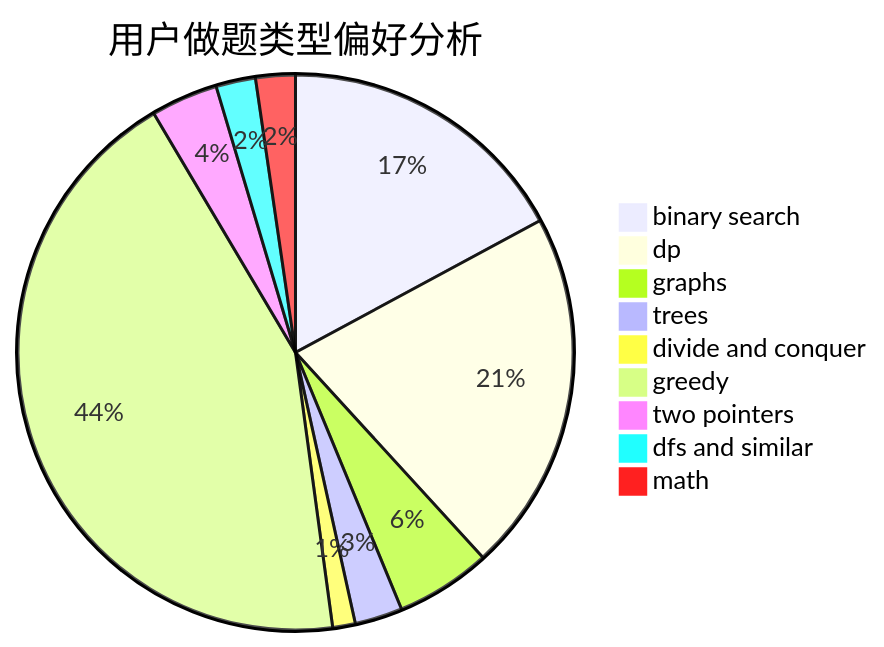
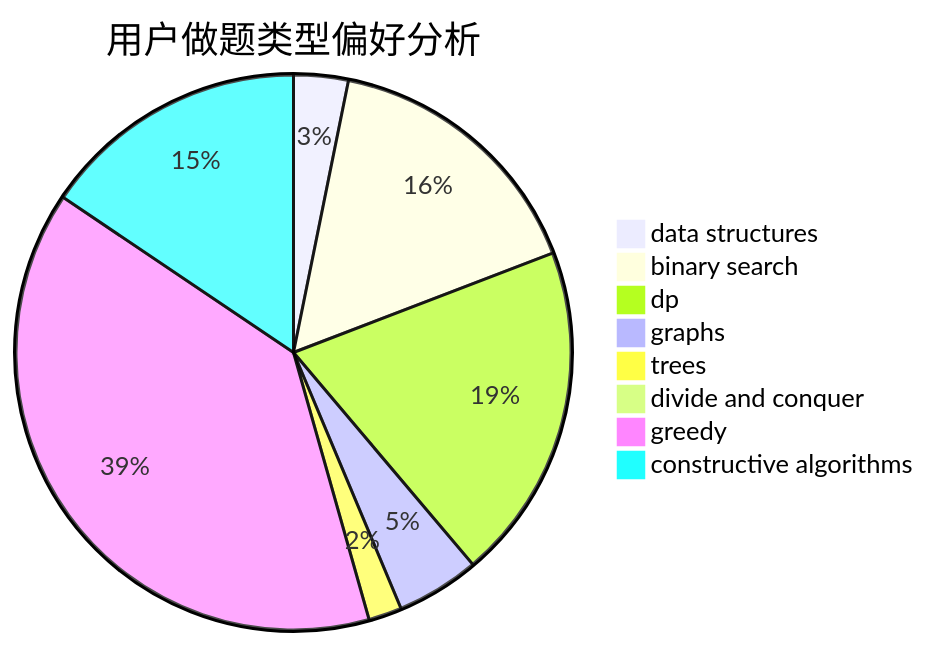
One commit to sherpahu/cfrs.github.io changed the second of 3 diagrams in docs/user/u641.md. Above: the diagram before and after it, drawn with Mermaid. The commit also changed other lines of this file and 2775 other files, not shown here.

````diff
--- a/docs/user/u641.md
+++ b/docs/user/u641.md
@@ -23,12 +23,11 @@
 ```mermaid
 pie title 用户做题类型偏好分析
-    "binary search" :  364
-    "dp" :  448
-    "graphs" :  118
-    "trees" :  59
-    "divide and conquer" :  28
-    "greedy" :  927
-    "two pointers" :  83
-    "dfs and similar" :  49
-    "math" :  49
+    "data structures" :  59
+    "binary search" :  297
+    "dp" :  365
+    "graphs" :  90
+    "trees" :  36
+    "divide and conquer" :  15
+    "greedy" :  721
+    "constructive algorithms" :  289
 ```
````
